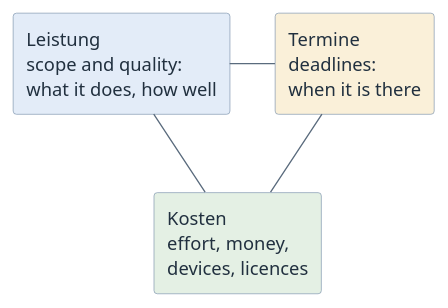
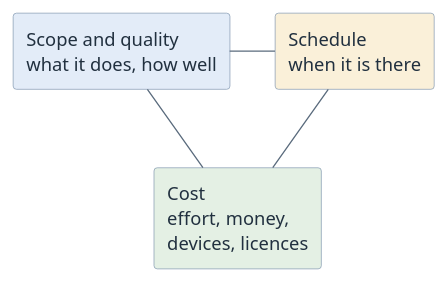
The first of 2 diagrams in modules/governance-stakeholders-goals/index.adoc (htl-leonding-college/curriculum-syp3), drawn with PlantUML before and after one commit. The commit also changed other lines of this file and 28 other files, not shown here.

```diff
--- a/modules/governance-stakeholders-goals/index.adoc
+++ b/modules/governance-stakeholders-goals/index.adoc
@@ -112,16 +119,16 @@
 [plantuml,goal-dimensions,svg]
 ----
 @startuml
 <style>
 element { BackgroundColor #EDF3FA; LineColor #7C93AD; FontColor #21303F }
 arrow { LineColor #5A6B7D; FontColor #21303F }
 </style>
 skinparam shadowing false
-rectangle "Leistung\nscope and quality:\nwhat it does, how well" as L #E3ECF8
-rectangle "Termine\ndeadlines:\nwhen it is there" as T #FAF0D9
-rectangle "Kosten\neffort, money,\ndevices, licences" as K #E4F0E4
+rectangle "Scope and quality\nwhat it does, how well" as L #E3ECF8
+rectangle "Schedule\nwhen it is there" as T #FAF0D9
+rectangle "Cost\neffort, money,\ndevices, licences" as K #E4F0E4
 L -right- T
 T -down- K
 K -left- L
 @enduml
 ----
```
